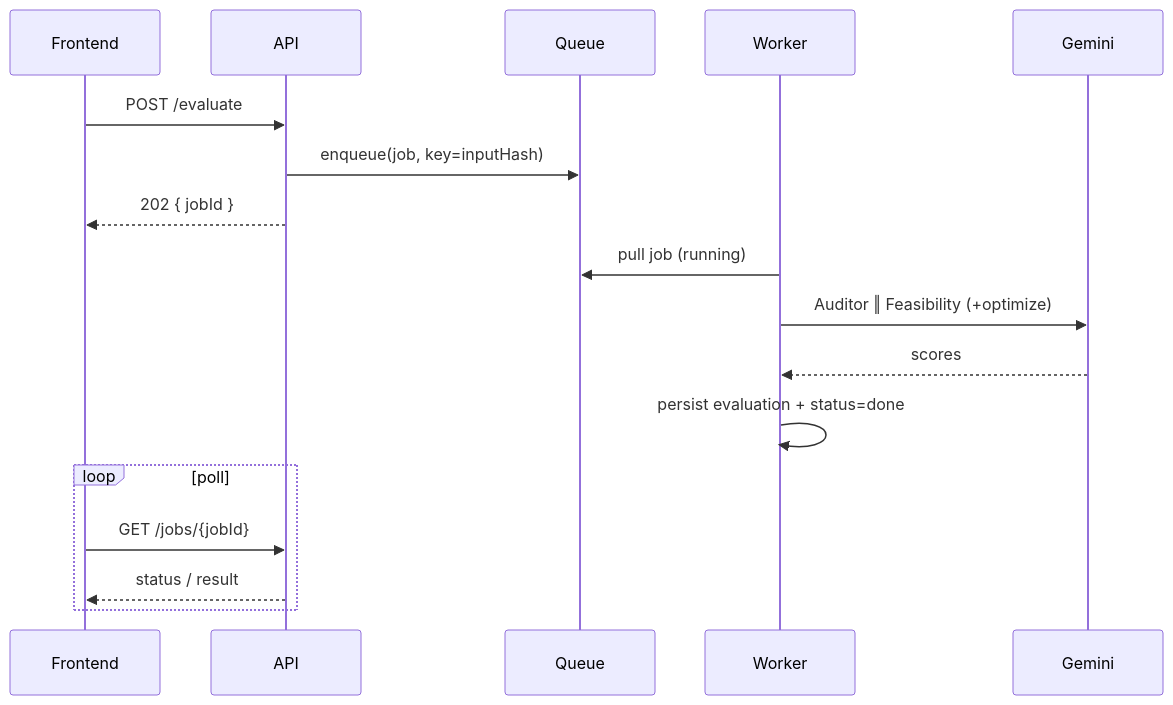
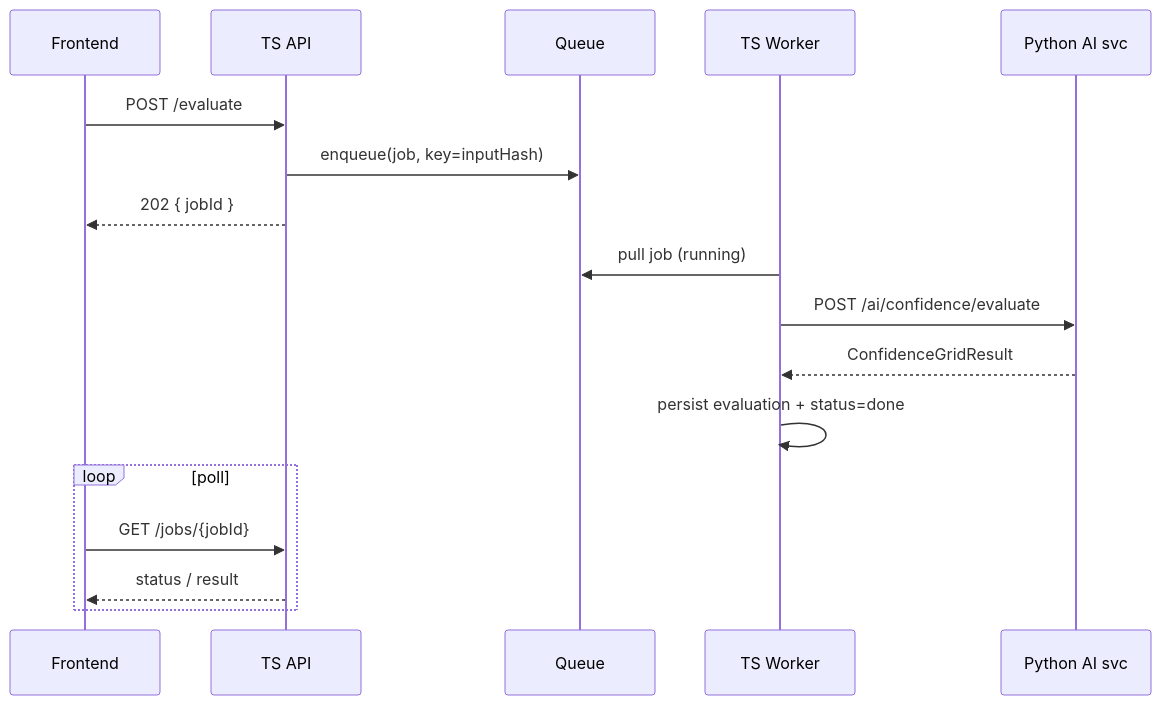
The second of 2 diagrams in docs/specifications/ai_features/stories/AIA-01-async-evaluation-jobs.md (FixFlow-AI/FixFlow-AI-web), drawn with Mermaid before and after one commit. The commit also changed other lines of this file and 13 other files, not shown here.

````diff
--- a/docs/specifications/ai_features/stories/AIA-01-async-evaluation-jobs.md
+++ b/docs/specifications/ai_features/stories/AIA-01-async-evaluation-jobs.md
@@ -72,19 +76,19 @@
 ```mermaid
 sequenceDiagram
     participant FE as Frontend
-    participant API as API
+    participant API as TS API
     participant Q as Queue
-    participant W as Worker
-    participant G as Gemini
+    participant W as TS Worker
+    participant PY as Python AI svc
     FE->>API: POST /evaluate
     API->>Q: enqueue(job, key=inputHash)
     API-->>FE: 202 { jobId }
     W->>Q: pull job (running)
-    W->>G: Auditor ‖ Feasibility (+optimize)
-    G-->>W: scores
+    W->>PY: POST /ai/confidence/evaluate
+    PY-->>W: ConfidenceGridResult
     W->>W: persist evaluation + status=done
     loop poll
         FE->>API: GET /jobs/{jobId}
         API-->>FE: status / result
     end
 ```
````
